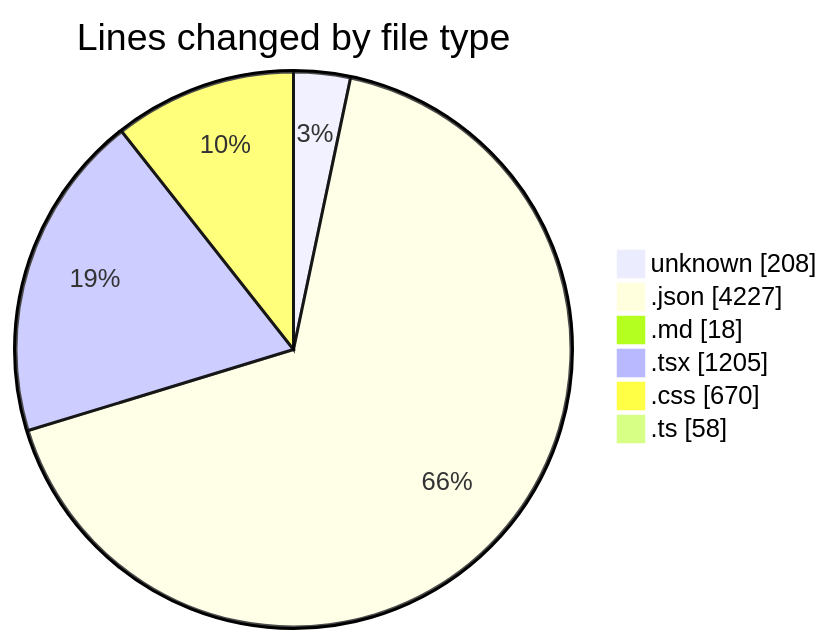
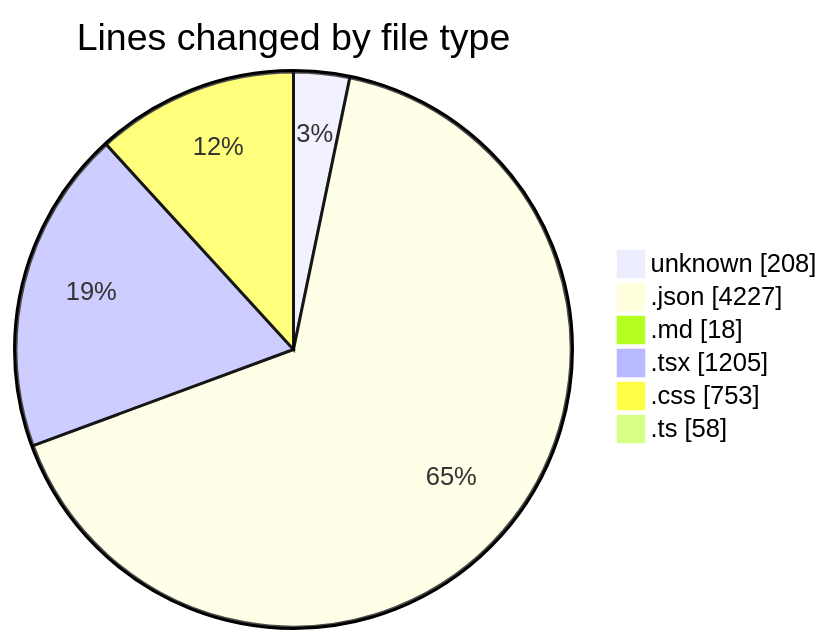
One commit to EIIisD/code-tracking changed the first of 2 diagrams in 2025-08-07/ribbon/README.md. Above: the diagram before and after it, drawn with Mermaid. The commit also changed other lines of this file and 1 other file, not shown here.

````diff
--- a/2025-08-07/ribbon/README.md
+++ b/2025-08-07/ribbon/README.md
@@ -36,10 +36,10 @@
 ```mermaid
 pie showData
 title Lines changed by file type
 "unknown" : 208
 ".json" : 4227
 ".md" : 18
 ".tsx" : 1205
-".css" : 670
+".css" : 753
 ".ts" : 58
 ```
````
